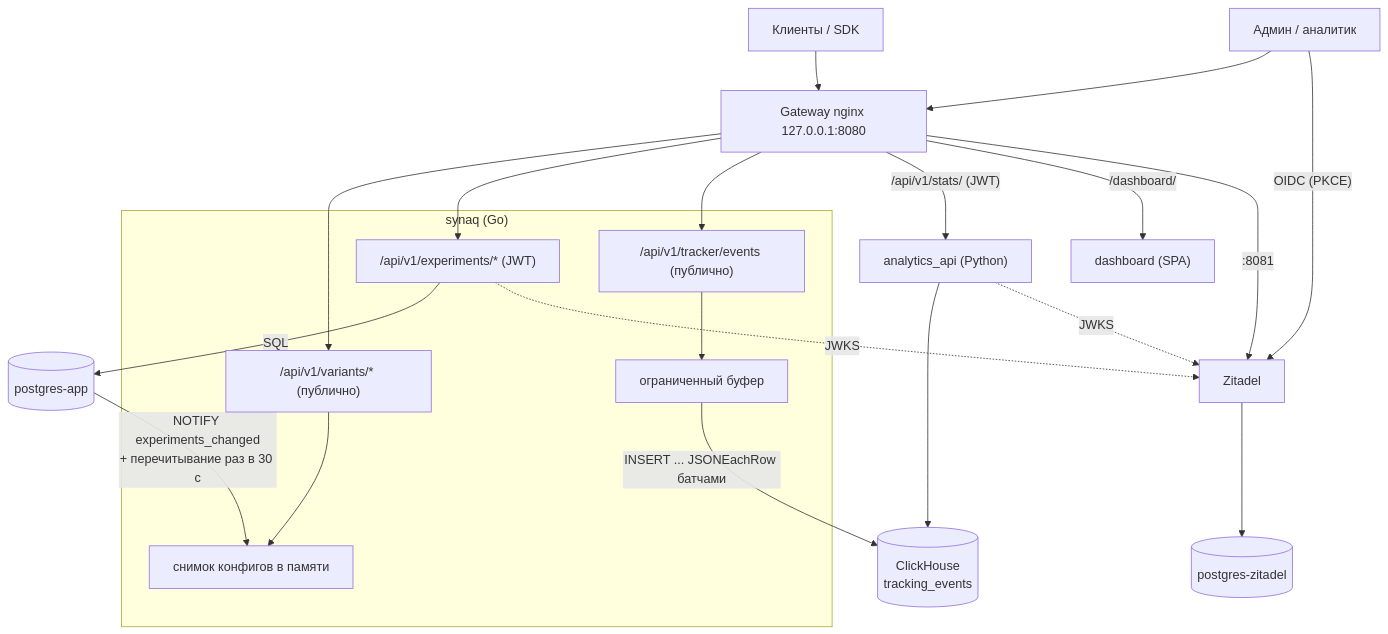
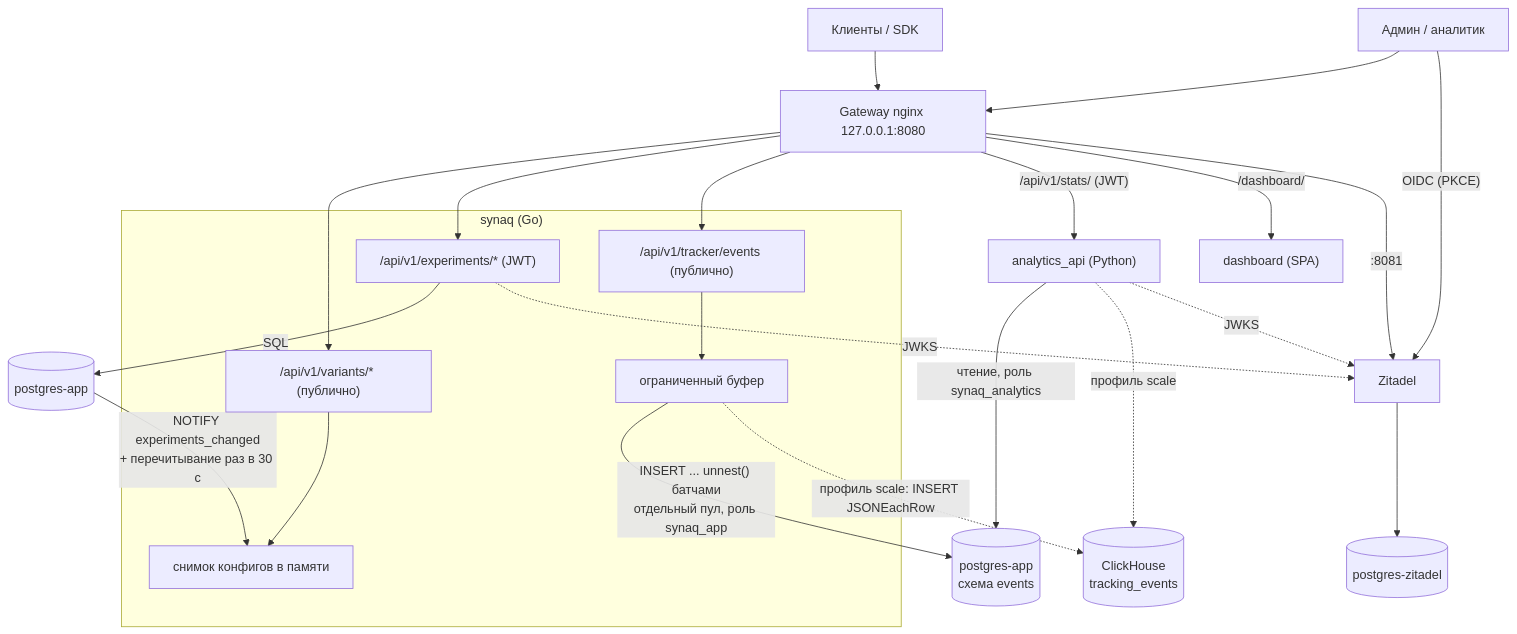
One commit to Kebiproger/synaqcore changed the diagram in docs/SYSTEM_DESIGN.md. Above: the diagram before and after it, drawn with Mermaid. The commit also changed other lines of this file and 8 other files, not shown here.

````diff
--- a/docs/SYSTEM_DESIGN.md
+++ b/docs/SYSTEM_DESIGN.md
@@ -20,25 +24,27 @@
 ```mermaid
 flowchart TD
     Clients["Клиенты / SDK"] --> GW["Gateway nginx 127.0.0.1:8080"]
     Admin["Админ / аналитик"] --> GW
     Admin -->|"OIDC (PKCE)"| IDP
 
     subgraph Synaq["synaq (Go)"]
         VAR["/api/v1/variants/* (публично)"] --> SNAP["снимок конфигов в памяти"]
         ADM["/api/v1/experiments/* (JWT)"]
         TRK["/api/v1/tracker/events (публично)"] --> BUF["ограниченный буфер"]
     end
 
     GW --> VAR & ADM & TRK
     ADM -->|"SQL"| PGA[("postgres-app")]
     PGA -->|"NOTIFY experiments_changed<br/>+ перечитывание раз в 30 с"| SNAP
-    BUF -->|"INSERT ... JSONEachRow батчами"| CH[("ClickHouse<br/>tracking_events")]
+    BUF -->|"INSERT ... unnest() батчами<br/>отдельный пул, роль synaq_app"| EV[("postgres-app<br/>схема events")]
+    BUF -.->|"профиль scale: INSERT JSONEachRow"| CH[("ClickHouse<br/>tracking_events")]
 
     GW -->|"/api/v1/stats/ (JWT)"| AN["analytics_api (Python)"]
-    AN --> CH
+    AN -->|"чтение, роль synaq_analytics"| EV
+    AN -.->|"профиль scale"| CH
     GW -->|"/dashboard/"| DASH["dashboard (SPA)"]
     GW -->|":8081"| IDP["Zitadel"]
     IDP --> PGZ[("postgres-zitadel")]
     ADM -. JWKS .-> IDP
     AN -. JWKS .-> IDP
 ```
````
